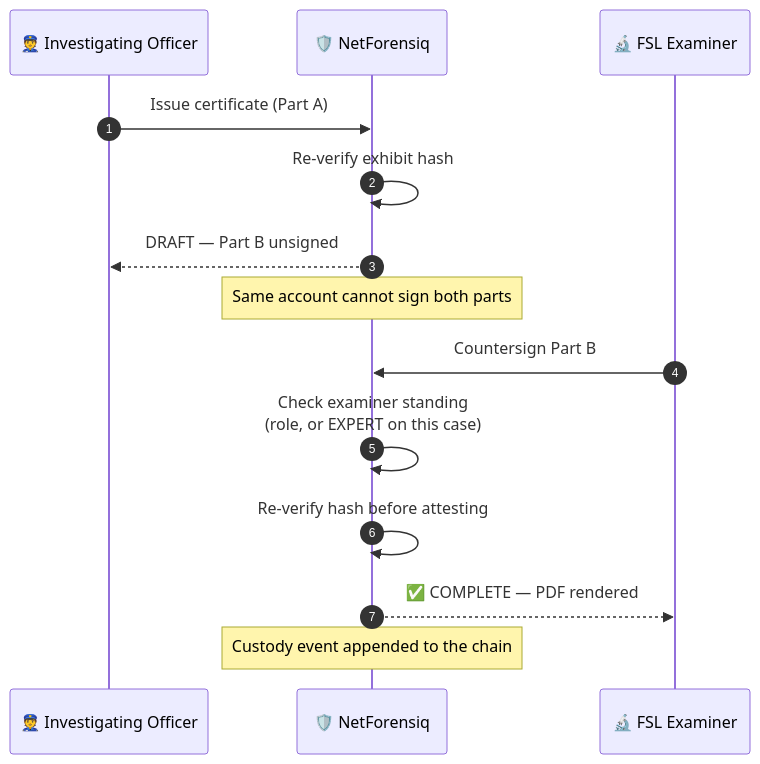
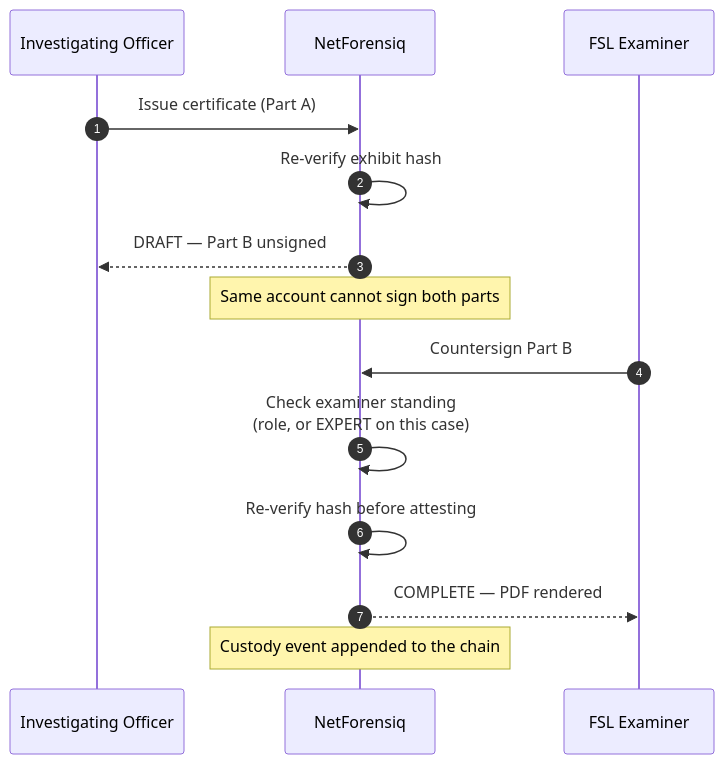
The eighth of 10 diagrams in README.md (Anbu-00001/NetForensiq), drawn with Mermaid before and after one commit. The commit also changed other lines of this file and 29 other files, not shown here.

````diff
--- a/README.md
+++ b/README.md
@@ -389,17 +491,17 @@
 ```mermaid
 sequenceDiagram
     autonumber
-    participant IO as 👮 Investigating Officer
-    participant SYS as 🛡️ NetForensiq
-    participant EX as 🔬 FSL Examiner
+    participant IO as Investigating Officer
+    participant SYS as NetForensiq
+    participant EX as FSL Examiner
 
     IO->>SYS: Issue certificate (Part A)
     SYS->>SYS: Re-verify exhibit hash
     SYS-->>IO: DRAFT — Part B unsigned
     Note over SYS: Same account cannot sign both parts
     EX->>SYS: Countersign Part B
     SYS->>SYS: Check examiner standing<br/>(role, or EXPERT on this case)
     SYS->>SYS: Re-verify hash before attesting
-    SYS-->>EX: ✅ COMPLETE — PDF rendered
+    SYS-->>EX: COMPLETE — PDF rendered
     Note over SYS: Custody event appended to the chain
 ```
````
